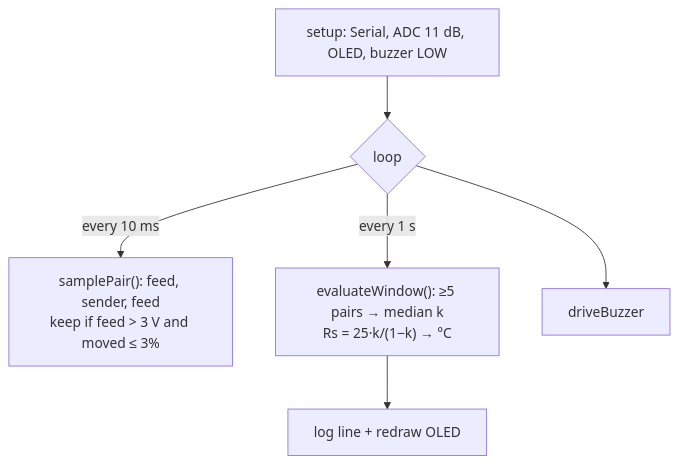
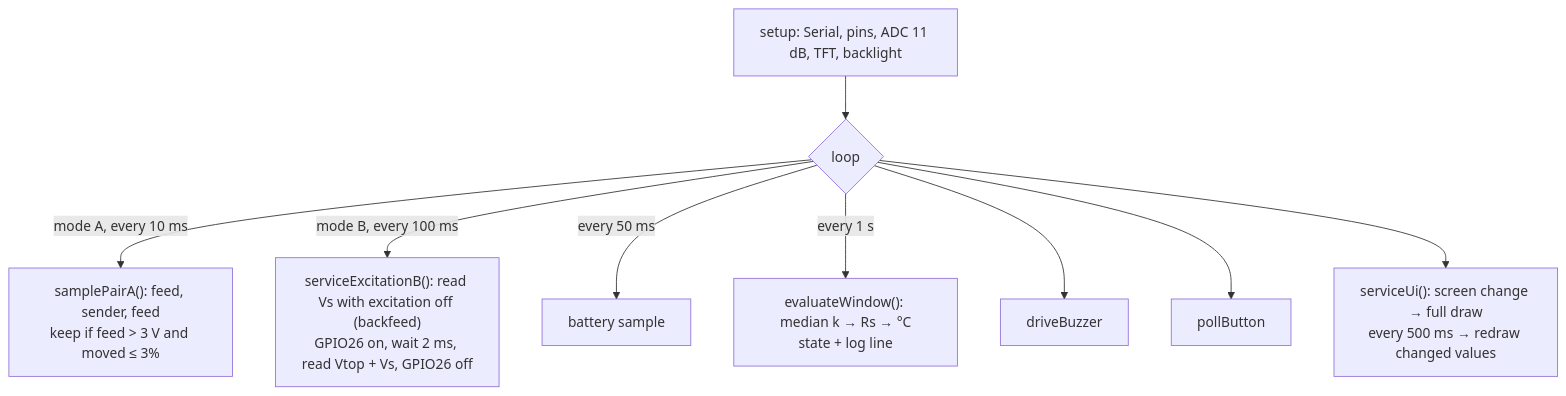
One commit to maskeynihal/sensor-for-cars changed the diagram in projects/hj60_coolant/docs/architecture.md. Above: the diagram before and after it, drawn with Mermaid. The commit also changed other lines of this file and 8 other files, not shown here.

First line of the commit message:
hj60_coolant docs: TFT dashboard, mode B wiring, ADR 0011 (Wokwi sender chip)

````diff
--- a/projects/hj60_coolant/docs/architecture.md
+++ b/projects/hj60_coolant/docs/architecture.md
@@ -5,8 +5,11 @@
 ```mermaid
 flowchart TD
-  S[setup: Serial, ADC 11 dB, OLED, buzzer LOW] --> L{loop}
-  L -->|every 10 ms| P["samplePair(): feed, sender, feed<br/>keep if feed > 3 V and moved ≤ 3%"]
-  L -->|every 1 s| W["evaluateWindow(): ≥5 pairs → median k<br/>Rs = 25·k/(1−k) → °C"]
-  W --> G[log line + redraw OLED]
-  L --> B[driveBuzzer]
+  S[setup: Serial, pins, ADC 11 dB, TFT, backlight] --> L{loop}
+  L -->|mode A, every 10 ms| PA["samplePairA(): feed, sender, feed<br/>keep if feed > 3 V and moved ≤ 3%"]
+  L -->|mode B, every 100 ms| PB["serviceExcitationB(): read Vs with excitation off (backfeed)<br/>GPIO26 on, wait 2 ms, read Vtop + Vs, GPIO26 off"]
+  L -->|every 50 ms| BT[battery sample]
+  L -->|every 1 s| W["evaluateWindow(): median k → Rs → °C<br/>state + log line"]
+  L --> BZ[driveBuzzer]
+  L --> BN[pollButton]
+  L --> UI["serviceUi(): screen change → full draw<br/>every 500 ms → redraw changed values"]
 ```
````
